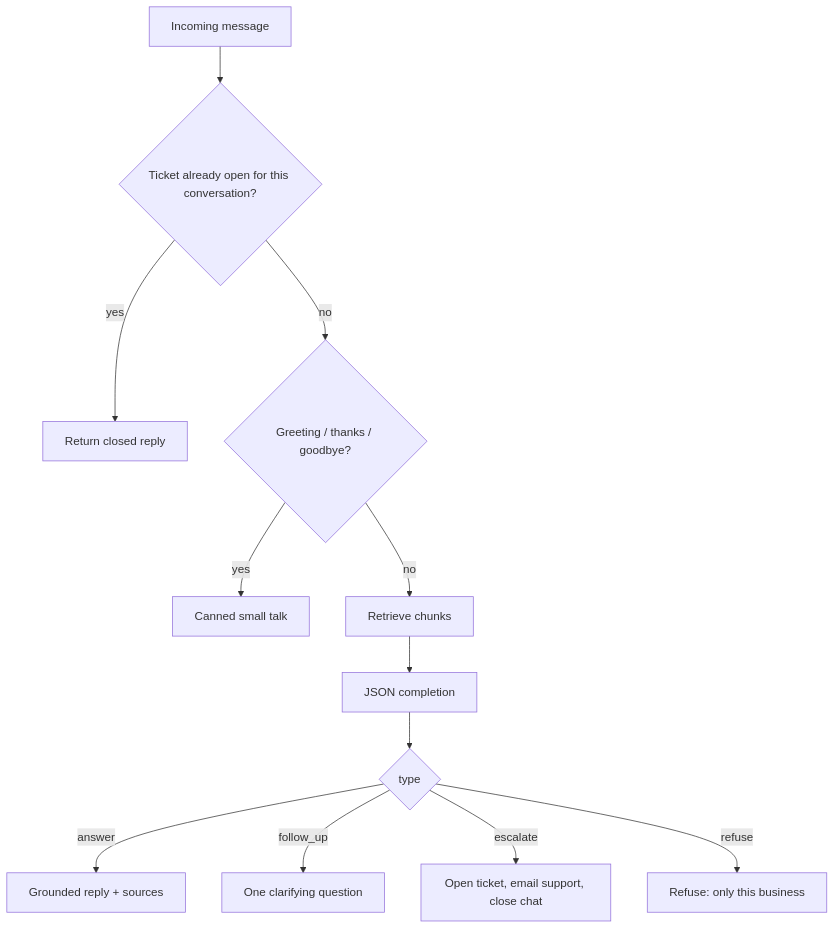
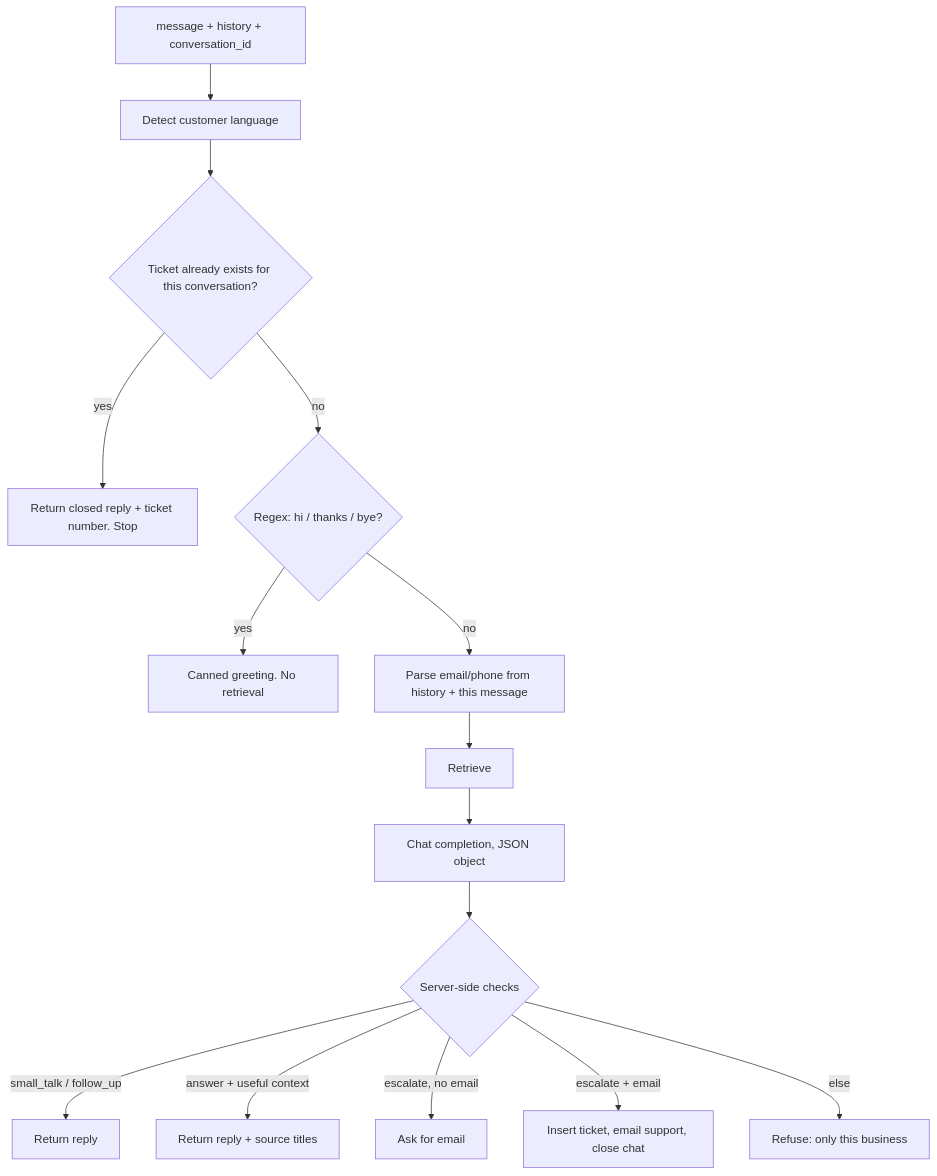
One commit to shaddiidd/support-dock changed the second of 2 diagrams in README.md. Above: the diagram before and after it, drawn with Mermaid. The commit also changed other lines of this file and 99 other files, not shown here.

````diff
--- a/README.md
+++ b/README.md
@@ -78,14 +120,17 @@
 ```mermaid
 flowchart TD
-  Msg[Incoming message] --> Closed{Ticket already open for this conversation?}
-  Closed -->|yes| Stop[Return closed reply]
-  Closed -->|no| Talk{Greeting / thanks / goodbye?}
-  Talk -->|yes| Small[Canned small talk]
-  Talk -->|no| Retr[Retrieve chunks]
-  Retr --> LLM[JSON completion]
-  LLM --> Kind{type}
-  Kind -->|answer| Reply[Grounded reply + sources]
-  Kind -->|follow_up| Ask[One clarifying question]
-  Kind -->|escalate| Ticket[Open ticket, email support, close chat]
-  Kind -->|refuse| No[Refuse: only this business]
+  In[message + history + conversation_id] --> Lang[Detect customer language]
+  Lang --> Open{Ticket already exists for this conversation?}
+  Open -->|yes| Closed[Return closed reply + ticket number. Stop]
+  Open -->|no| Hi{Regex: hi / thanks / bye?}
+  Hi -->|yes| Small[Canned greeting. No retrieval]
+  Hi -->|no| Contact[Parse email/phone from history + this message]
+  Contact --> Retr[Retrieve]
+  Retr --> LLM[Chat completion, JSON object]
+  LLM --> Guard{Server-side checks}
+  Guard -->|small_talk / follow_up| Out[Return reply]
+  Guard -->|answer + useful context| Src[Return reply + source titles]
+  Guard -->|escalate, no email| Ask[Ask for email]
+  Guard -->|escalate + email| Ticket[Insert ticket, email support, close chat]
+  Guard -->|else| Refuse[Refuse: only this business]
 ```
````
